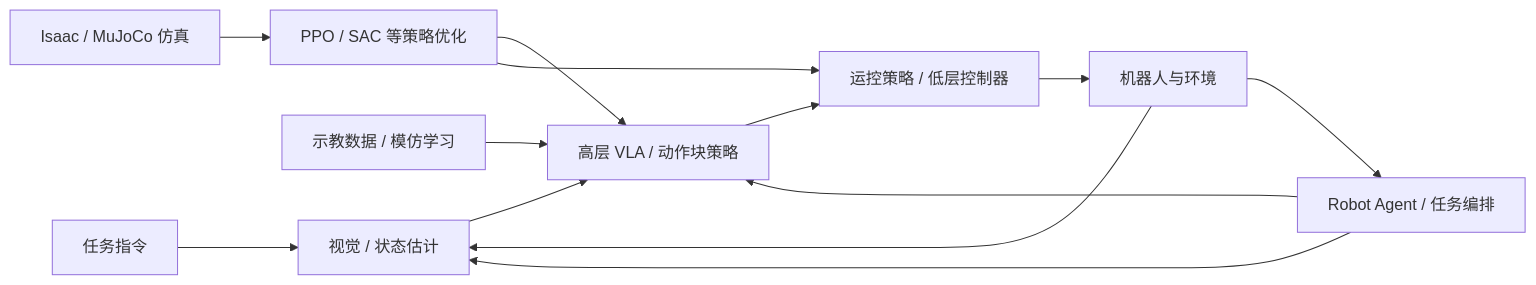
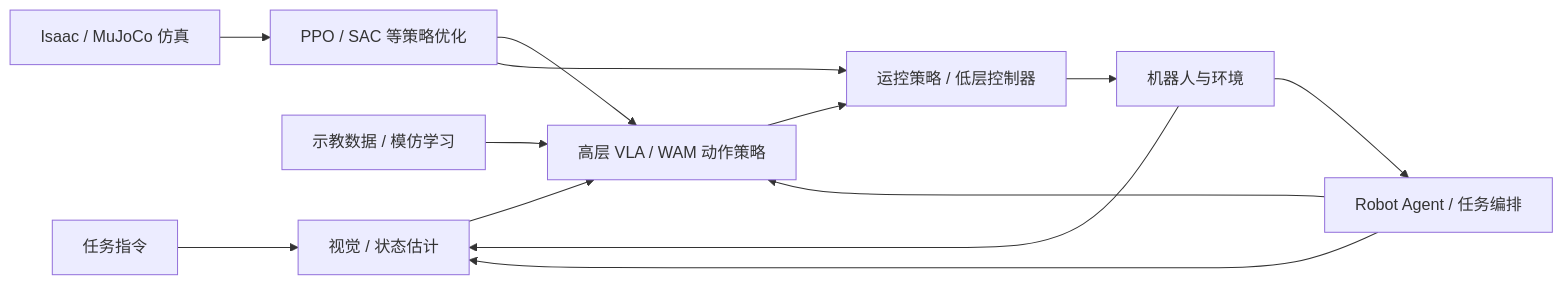
The diagram in syllabus/COURSE_MAP_ZH.md (zengxiong111/Foundation_of_Embodied_AI), drawn with Mermaid before and after one commit. The commit also changed other lines of this file and 10 other files, not shown here.

````diff
--- a/syllabus/COURSE_MAP_ZH.md
+++ b/syllabus/COURSE_MAP_ZH.md
@@ -31,15 +31,15 @@
 ```mermaid
 flowchart LR
  A["任务指令"] --> B["视觉 / 状态估计"]
- B --> C["高层 VLA / 动作块策略"]
+ B --> C["高层 VLA / WAM 动作策略"]
  C --> D["运控策略 / 低层控制器"]
  D --> E["机器人与环境"]
  E --> B
  F["示教数据 / 模仿学习"] --> C
  G["Isaac / MuJoCo 仿真"] --> H["PPO / SAC 等策略优化"]
  H --> C
  H --> D
  X["Robot Agent / 任务编排"] --> B
  X --> C
  E --> X
 ```
````
